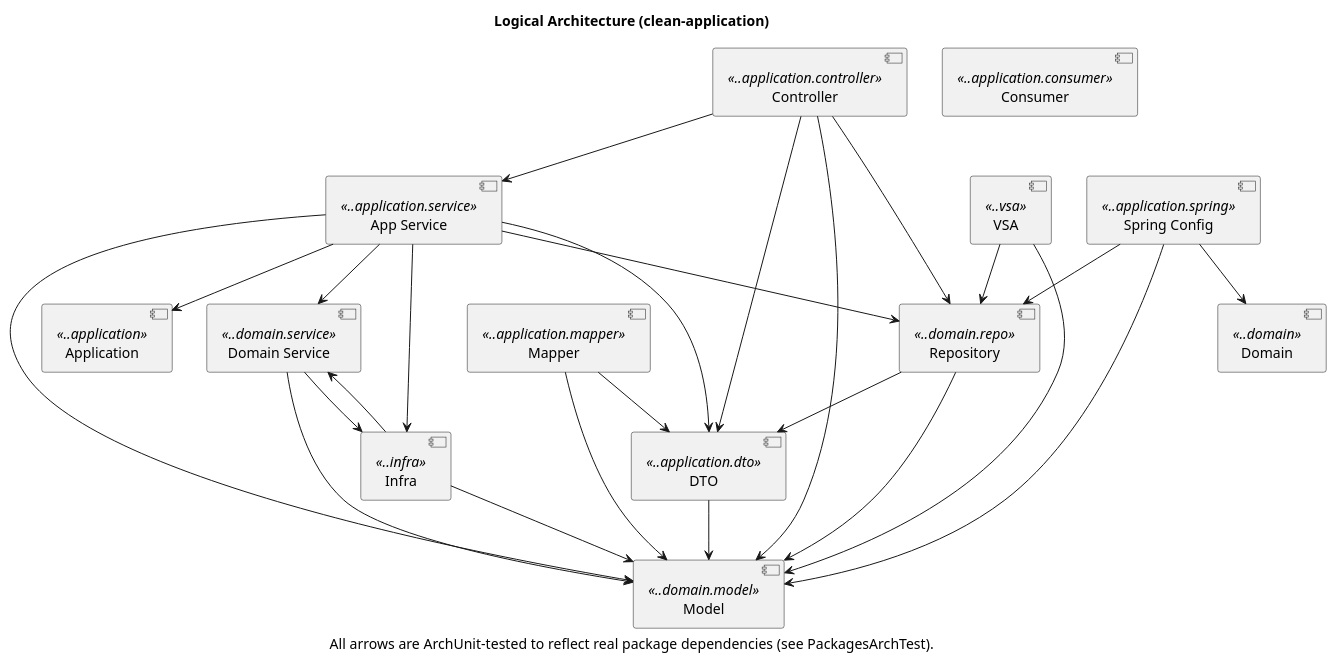
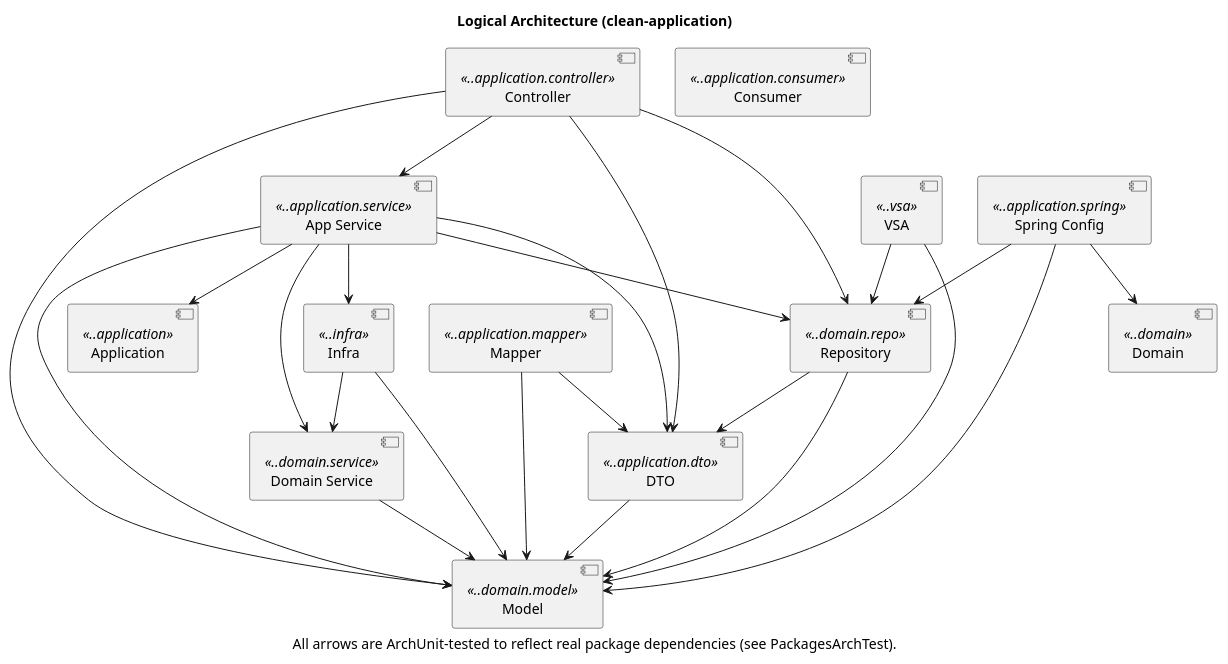
The diagram in clean-application/docs/packages.puml (victorrentea/clean-architecture), drawn with PlantUML before and after one commit. The commit also changed 6 other files, not shown here.

```diff
--- a/clean-application/docs/packages.puml
+++ b/clean-application/docs/packages.puml
@@ -1,58 +1,57 @@
 @startuml
 title Logical Architecture (clean-application)
 caption All arrows are ArchUnit-tested to reflect real package dependencies (see PackagesArchTest).
 
 ' Each component is bound to a source sub-package of victor.training.clean via its stereotype.
 ' PackagesArchTest enforces two things:
 '   1. every arrow below corresponds to a real cross-package dependency, and no undrawn dependency exists;
 '   2. the set of stereotypes below equals the set of code sub-packages exactly.
 ' If either drifts, the test fails -> update THIS file to match reality.
 
 [Application]    <<..application>>
 [Consumer]       <<..application.consumer>>
 [Controller]     <<..application.controller>>
 [DTO]            <<..application.dto>>
 [Mapper]         <<..application.mapper>>
 [App Service]    <<..application.service>>
 [Spring Config]  <<..application.spring>>
 [Domain]         <<..domain>>
 [Model]          <<..domain.model>>
 [Repository]     <<..domain.repo>>
 [Domain Service] <<..domain.service>>
 [Infra]          <<..infra>>
 [VSA]            <<..vsa>>
 
 [Controller] --> [DTO]
 [Controller] --> [App Service]
 [Controller] --> [Model]
 [Controller] --> [Repository]
 
 [DTO] --> [Model]
 
 [Mapper] --> [DTO]
 [Mapper] --> [Model]
 
 [App Service] --> [Application]
 [App Service] --> [DTO]
 [App Service] --> [Model]
 [App Service] --> [Repository]
 [App Service] --> [Domain Service]
 [App Service] --> [Infra]
 
 [Spring Config] --> [Domain]
 [Spring Config] --> [Model]
 [Spring Config] --> [Repository]
 
 [Repository] --> [DTO]
 [Repository] --> [Model]
 
 [Domain Service] --> [Model]
-[Domain Service] --> [Infra]
 
 [Infra] --> [Model]
 [Infra] --> [Domain Service]
 
 [VSA] --> [Model]
 [VSA] --> [Repository]
 
 @enduml
```
